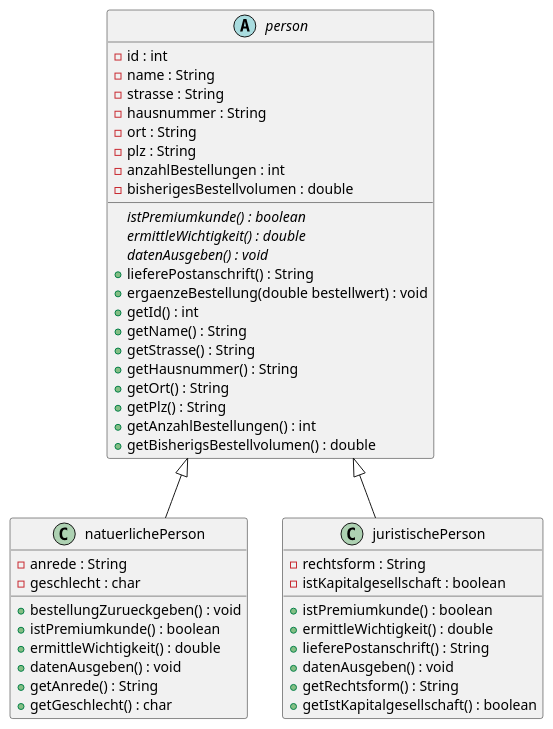
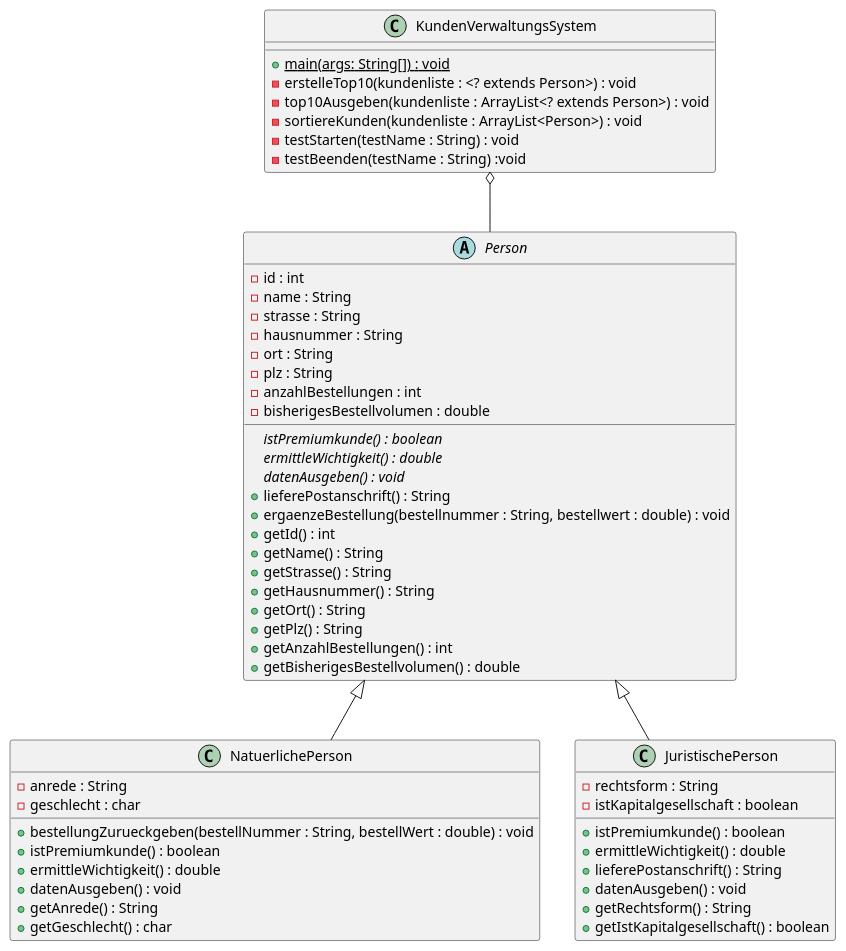
Before and after one commit to gvogelge/kundenverwaltung: the diagram in src/class_diagramm.puml, drawn with PlantUML. The commit also changed 1 other file, not shown here.

```diff
--- a/src/class_diagramm.puml
+++ b/src/class_diagramm.puml
@@ -1,49 +1,60 @@
 @startuml kundenverwaltungssystem
 
-abstract class person{
+abstract class Person{
     - id : int
     - name : String
     - strasse : String
     - hausnummer : String
     - ort : String
     - plz : String
     - anzahlBestellungen : int
     - bisherigesBestellvolumen : double
     {abstract} istPremiumkunde() : boolean
     {abstract} ermittleWichtigkeit() : double
     {abstract} datenAusgeben() : void
     + lieferePostanschrift() : String
-    + ergaenzeBestellung(double bestellwert) : void
+    + ergaenzeBestellung(bestellnummer : String, bestellwert : double) : void
     + getId() : int
     + getName() : String
     + getStrasse() : String
     + getHausnummer() : String
     + getOrt() : String
     + getPlz() : String
     + getAnzahlBestellungen() : int
-    + getBisherigsBestellvolumen() : double
+    + getBisherigesBestellvolumen() : double
 }
 
-class natuerlichePerson extends person{
+class NatuerlichePerson extends Person{
     - anrede : String
     - geschlecht : char
-    + bestellungZurueckgeben() : void
+    + bestellungZurueckgeben(bestellNummer : String, bestellWert : double) : void
     + istPremiumkunde() : boolean
     + ermittleWichtigkeit() : double
     + datenAusgeben() : void
     + getAnrede() : String
     + getGeschlecht() : char
 }
 
-class juristischePerson extends person{
+class JuristischePerson extends Person{
     - rechtsform : String
     - istKapitalgesellschaft : boolean
     + istPremiumkunde() : boolean
     + ermittleWichtigkeit() : double
     + lieferePostanschrift() : String
     + datenAusgeben() : void
     + getRechtsform() : String
     + getIstKapitalgesellschaft() : boolean
 }
 
+class KundenVerwaltungsSystem {
+    + {static} main(args: String[]) : void
+    - erstelleTop10(kundenliste : <? extends Person>) : void
+    - top10Ausgeben(kundenliste : ArrayList<? extends Person>) : void
+    - sortiereKunden(kundenliste : ArrayList<Person>) : void
+    - testStarten(testName : String) : void
+    - testBeenden(testName : String) :void
+}
+
+KundenVerwaltungsSystem o-- Person
+
 @enduml
```
